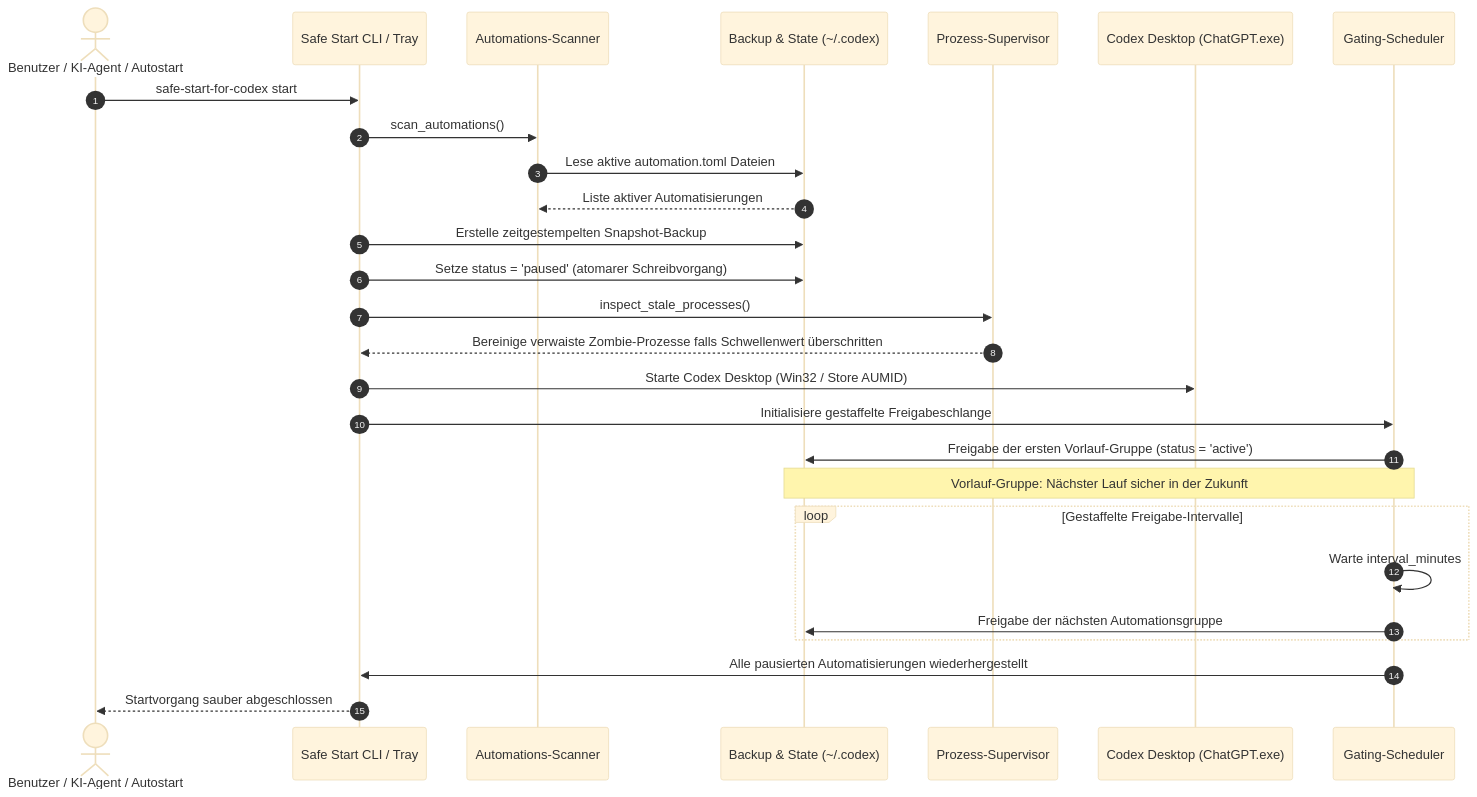
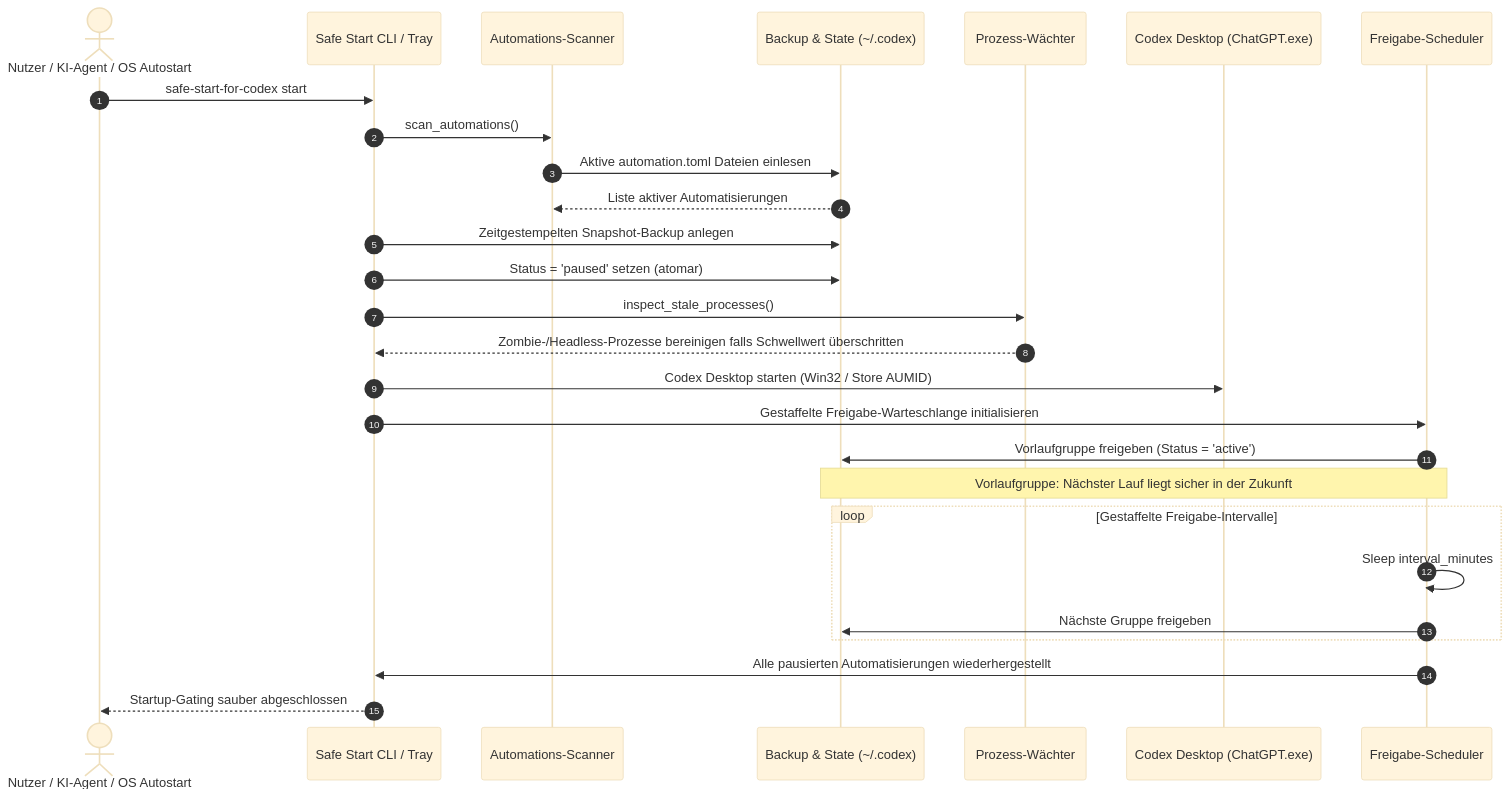
One commit to dev-bricks/safe-start-for-codex changed the second of 2 diagrams in README_de.md. Above: the diagram before and after it, drawn with Mermaid (base theme). The commit also changed other lines of this file and 10 other files, not shown here.

Commit message:
feat(marketing): Pfad B discoverability, visual architecture, 18-point navigation parity & level 1 SBOM [G 2026-09-21]

````diff
--- a/README_de.md
+++ b/README_de.md
@@ -134,30 +124,30 @@
 ```mermaid
 sequenceDiagram
     autonumber
-    actor User as Benutzer / KI-Agent / Autostart
+    actor User as Nutzer / KI-Agent / OS Autostart
     participant CLI as Safe Start CLI / Tray
     participant Scanner as Automations-Scanner
     participant Storage as Backup & State (~/.codex)
-    participant Supervisor as Prozess-Supervisor
+    participant Supervisor as Prozess-Wächter
     participant Codex as Codex Desktop (ChatGPT.exe)
-    participant Scheduler as Gating-Scheduler
+    participant Scheduler as Freigabe-Scheduler
 
     User->>CLI: safe-start-for-codex start
     CLI->>Scanner: scan_automations()
-    Scanner->>Storage: Lese aktive automation.toml Dateien
+    Scanner->>Storage: Aktive automation.toml Dateien einlesen
     Storage-->>Scanner: Liste aktiver Automatisierungen
-    CLI->>Storage: Erstelle zeitgestempelten Snapshot-Backup
-    CLI->>Storage: Setze status = 'paused' (atomarer Schreibvorgang)
+    CLI->>Storage: Zeitgestempelten Snapshot-Backup anlegen
+    CLI->>Storage: Status = 'paused' setzen (atomar)
     CLI->>Supervisor: inspect_stale_processes()
-    Supervisor-->>CLI: Bereinige verwaiste Zombie-Prozesse falls Schwellenwert überschritten
-    CLI->>Codex: Starte Codex Desktop (Win32 / Store AUMID)
-    CLI->>Scheduler: Initialisiere gestaffelte Freigabeschlange
-    Scheduler->>Storage: Freigabe der ersten Vorlauf-Gruppe (status = 'active')
-    Note over Scheduler,Storage: Vorlauf-Gruppe: Nächster Lauf sicher in der Zukunft
+    Supervisor-->>CLI: Zombie-/Headless-Prozesse bereinigen falls Schwellwert überschritten
+    CLI->>Codex: Codex Desktop starten (Win32 / Store AUMID)
+    CLI->>Scheduler: Gestaffelte Freigabe-Warteschlange initialisieren
+    Scheduler->>Storage: Vorlaufgruppe freigeben (Status = 'active')
+    Note over Scheduler,Storage: Vorlaufgruppe: Nächster Lauf liegt sicher in der Zukunft
     loop Gestaffelte Freigabe-Intervalle
-        Scheduler->>Scheduler: Warte interval_minutes
-        Scheduler->>Storage: Freigabe der nächsten Automationsgruppe
+        Scheduler->>Scheduler: Sleep interval_minutes
+        Scheduler->>Storage: Nächste Gruppe freigeben
     end
     Scheduler->>CLI: Alle pausierten Automatisierungen wiederhergestellt
-    CLI-->>User: Startvorgang sauber abgeschlossen
+    CLI-->>User: Startup-Gating sauber abgeschlossen
 ```
````
